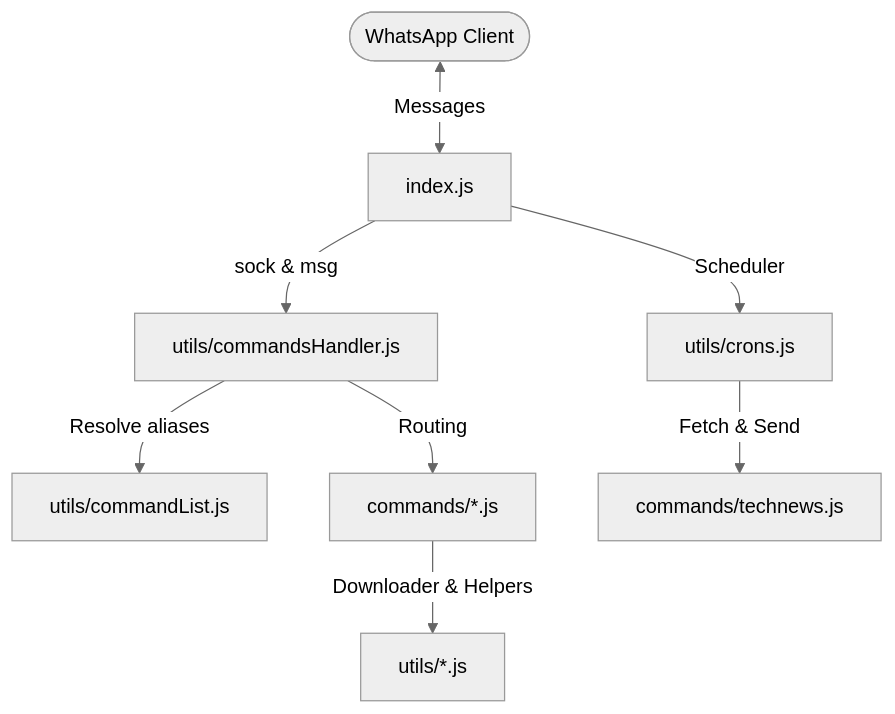
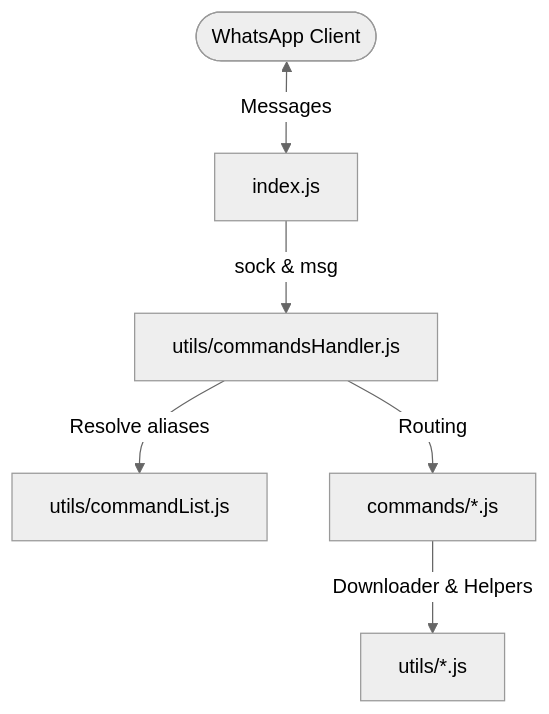
The diagram in index.md (ni3mumbaikar/BotSocrates), drawn with Mermaid (neutral theme) before and after one commit. The commit also changed other lines of this file and 13 other files, not shown here.

````diff
--- a/index.md
+++ b/index.md
@@ -9,10 +9,8 @@
 ```mermaid
 graph TD
     User([WhatsApp Client]) <-->|Messages| index.js[index.js]
     index.js -->|sock & msg| commandsHandler[utils/commandsHandler.js]
     commandsHandler -->|Resolve aliases| commandList[utils/commandList.js]
     commandsHandler -->|Routing| commands[commands/*.js]
     commands -->|Downloader & Helpers| utils[utils/*.js]
-    index.js -->|Scheduler| crons[utils/crons.js]
-    crons -->|Fetch & Send| technews[commands/technews.js]
 ```
````
